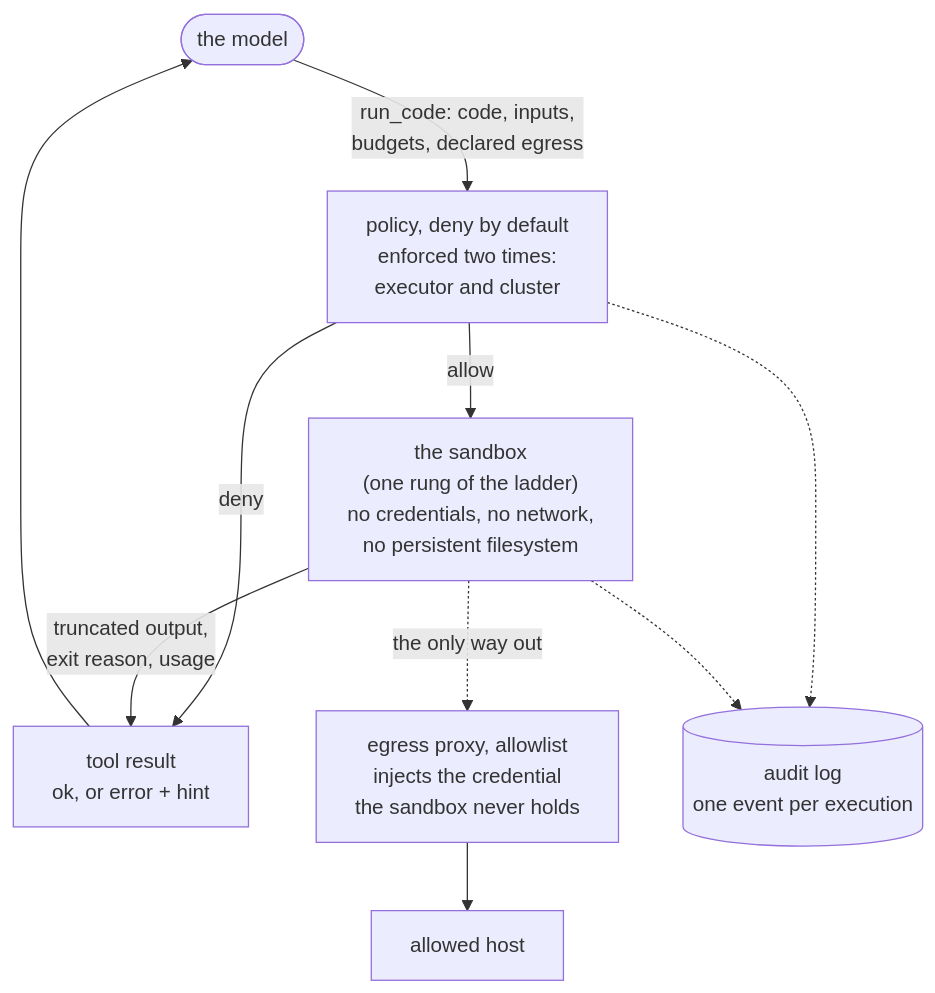
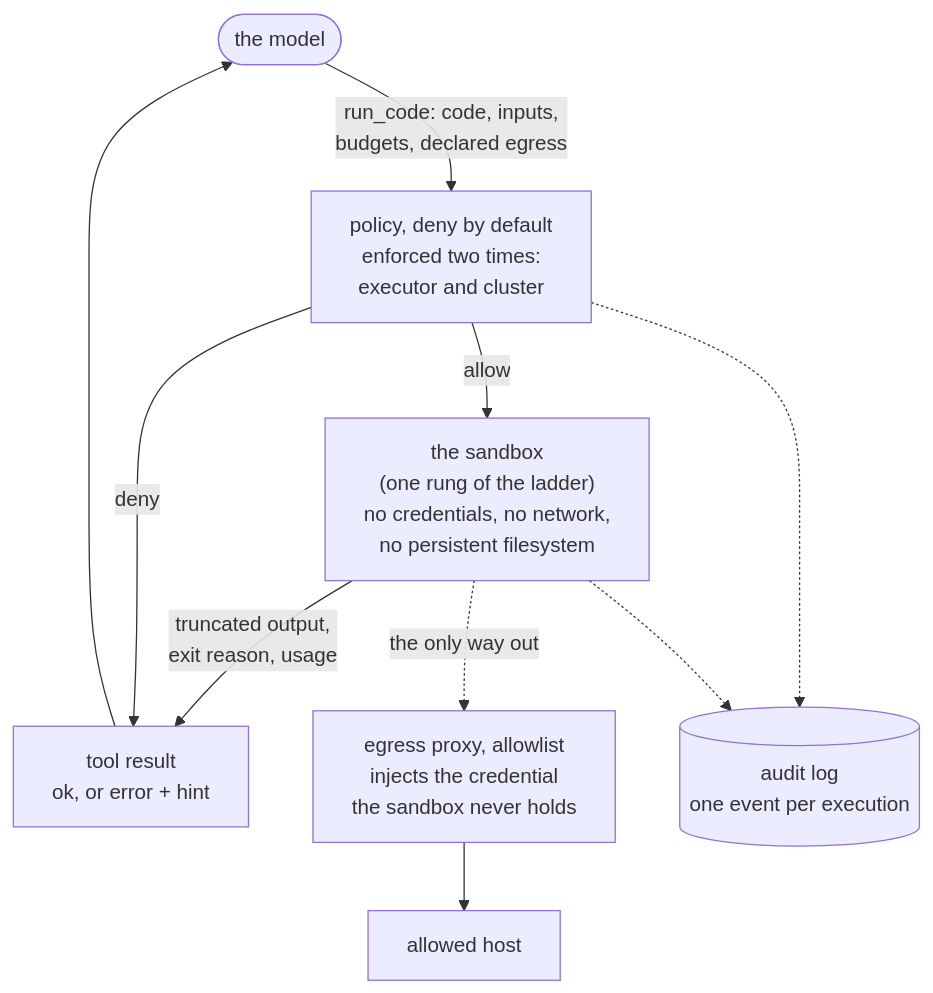
The first of 6 diagrams in 07-application-agent-framework/sandboxed-execution/PRIMER.md (aniryou/full-stack-agentic-engineer), drawn with Mermaid before and after one commit. The commit also changed other lines of this file and 29 other files, not shown here.

````diff
--- a/07-application-agent-framework/sandboxed-execution/PRIMER.md
+++ b/07-application-agent-framework/sandboxed-execution/PRIMER.md
@@ -24,12 +24,12 @@
 ```mermaid
 flowchart TB
   M([the model]) -->|"run_code: code, inputs,<br/>budgets, declared egress"| P["policy, deny by default<br/>enforced two times:<br/>executor and cluster"]
   P -->|allow| S["the sandbox<br/>(one rung of the ladder)<br/>no credentials, no network,<br/>no persistent filesystem"]
+  S -->|"truncated output,<br/>exit reason, usage"| R["tool result<br/>ok, or error + hint"]
   P -->|deny| R
-  S -->|"truncated output,<br/>exit reason, usage"| R["tool result<br/>ok, or error + hint"]
   R --> M
   S -.->|"the only way out"| X["egress proxy, allowlist<br/>injects the credential<br/>the sandbox never holds"]
   X --> H[allowed host]
   P -.-> A[("audit log<br/>one event per execution")]
   S -.-> A
 ```
````
